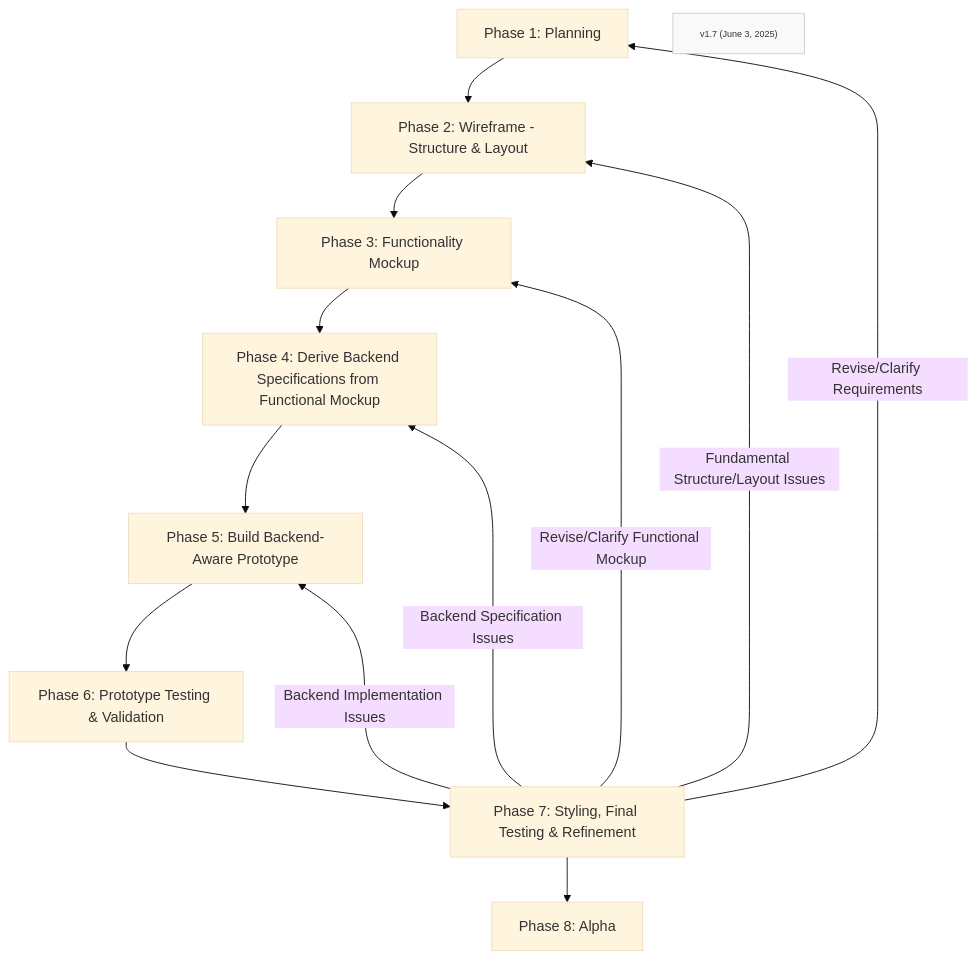
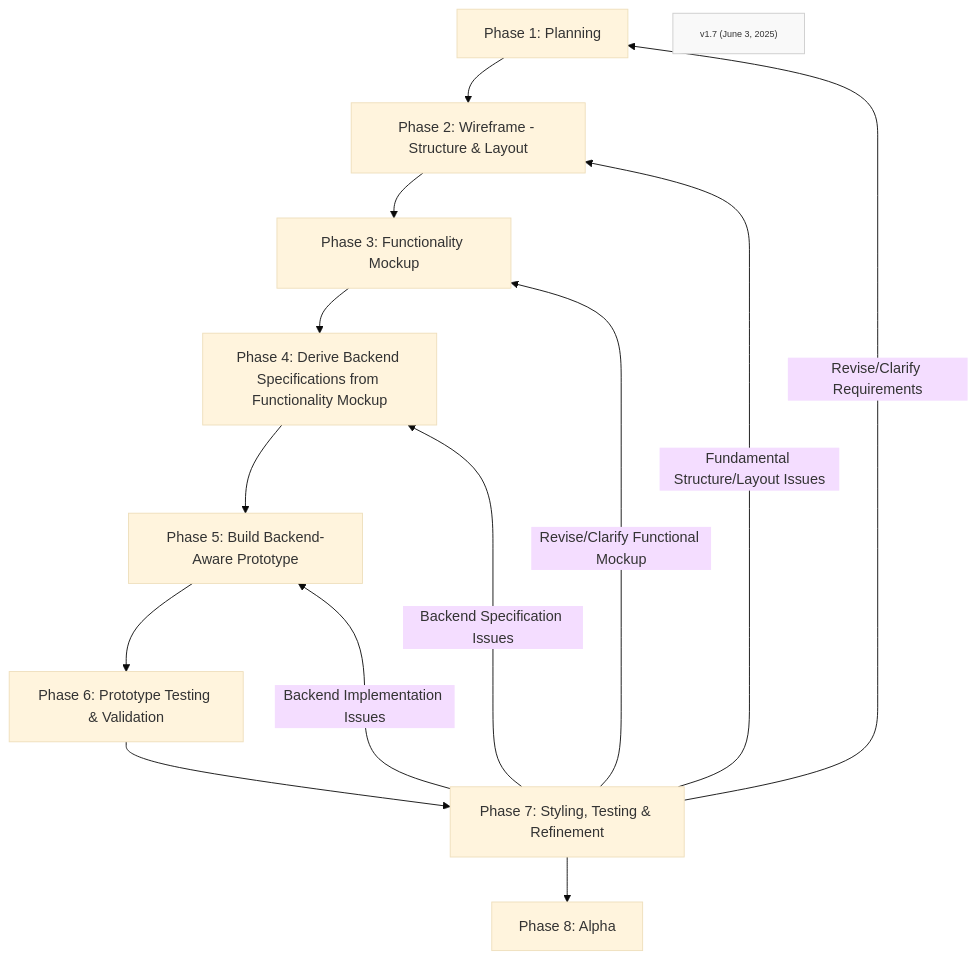
Before and after one commit to Mharbulous/Front-First-Method: the diagram in Phases/FF-overview.md, drawn with Mermaid (base theme). The commit also changed 2 other files, not shown here.

Commit message:
Refining diagrams

````diff
--- a/Phases/FF-overview.md
+++ b/Phases/FF-overview.md
@@ -1,22 +1,22 @@
 ```mermaid
 graph TD
     Phase1["Phase 1: Planning"] --> Phase2["Phase 2: Wireframe - Structure & Layout"]
     Phase2 --> Phase3["Phase 3: Functionality Mockup"]
-    Phase3 --> Phase4["Phase 4: Derive Backend Specifications from Functional Mockup"]
+    Phase3 --> Phase4["Phase 4: Derive Backend Specifications from Functionality Mockup"]
     Phase4 --> Phase5["Phase 5: Build Backend-Aware Prototype"]
     Phase5 --> Phase6["Phase 6: Prototype Testing & Validation"]
-    Phase6 --> Phase7["Phase 7: Styling, Final Testing & Refinement"]
+    Phase6 --> Phase7["Phase 7: Styling, Testing & Refinement"]
     Phase7 --> Phase8["Phase 8: Alpha"]
     
     Phase7 -->|Revise/Clarify Requirements| Phase1
     Phase7 -->|Fundamental Structure/Layout Issues| Phase2
     Phase7 -->|Revise/Clarify Functional Mockup| Phase3
     Phase7 -->|Backend Specification Issues| Phase4
     Phase7 -->|Backend Implementation Issues| Phase5            
     
     
 
     VersionInfo["v1.7 (June 3, 2025)"]
     classDef version fill:#f9f9f9,stroke:#ccc,font-size:10px;
     class VersionInfo version
 ```
````
